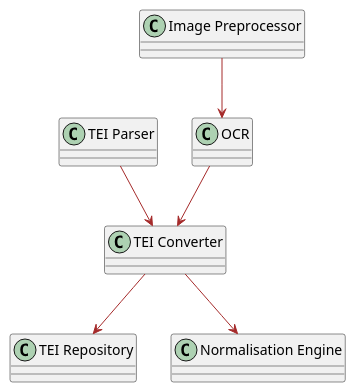
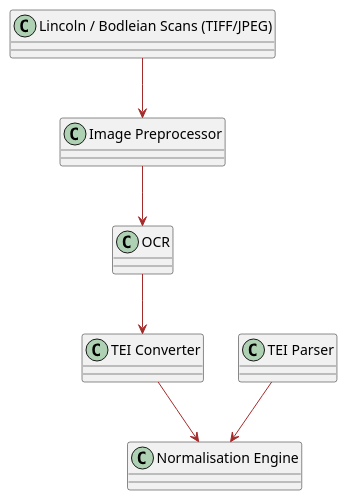
Before and after one commit to leegee/mutatis-mutandis: the diagram in docs/uml/src/connections/processing.puml, drawn with PlantUML. The commit also changed 4 other files, not shown here.

```diff
--- a/docs/uml/src/connections/processing.puml
+++ b/docs/uml/src/connections/processing.puml
@@ -1,8 +1,8 @@
 ' Ingestion → Processing Pipeline
-"TEI Parser" --> "TEI Converter" #brown
+"Lincoln / Bodleian Scans (TIFF/JPEG)" --> "Image Preprocessor" #brown
 "Image Preprocessor" --> "OCR" #brown
 "OCR" =-> "TEI Converter" #brown
 
-' TEI Converter → Storage
-"TEI Converter" --> "TEI Repository" #brown
+"TEI Parser" =-> "Normalisation Engine" #brown
+
 "TEI Converter" --> "Normalisation Engine" #brown
```
